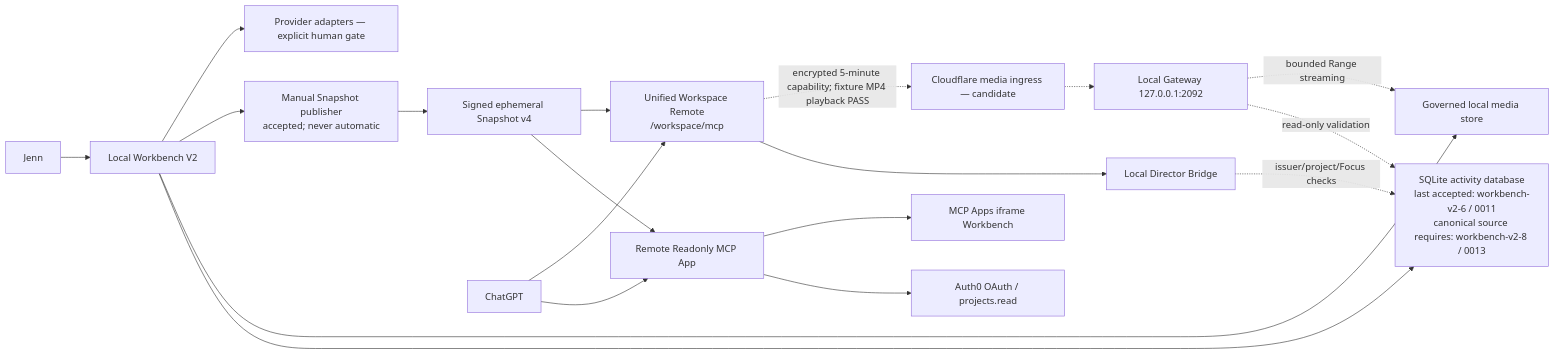
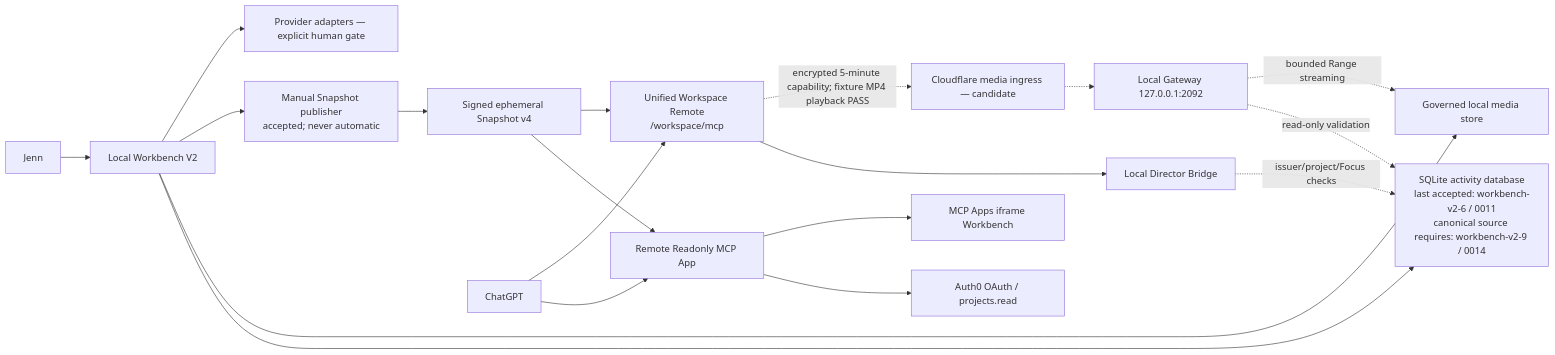
Before and after one commit to JENN2046/AI-Video-Production-Local-Bridge: the diagram in docs/ARCHITECTURE.md, drawn with Mermaid. The commit also changed other lines of this file and 42 other files, not shown here.

````diff
--- a/docs/ARCHITECTURE.md
+++ b/docs/ARCHITECTURE.md
@@ -8,21 +8,21 @@
 ```mermaid
 flowchart LR
     J["Jenn"] --> W["Local Workbench V2"]
-    W --> DB["SQLite activity database\nlast accepted: workbench-v2-6 / 0011\ncanonical source requires: workbench-v2-8 / 0013"]
+    W --> DB["SQLite activity database\nlast accepted: workbench-v2-6 / 0011\ncanonical source requires: workbench-v2-9 / 0014"]
     W --> FS["Governed local media store"]
     W --> PA["Manual Snapshot publisher\naccepted; never automatic"]
     PA --> SS["Signed ephemeral Snapshot v4"]
     SS --> RM["Remote Readonly MCP App"]
     C["ChatGPT"] --> RM
     RM --> AU["Auth0 OAuth / projects.read"]
     RM --> UI["MCP Apps iframe Workbench"]
     C --> UW["Unified Workspace Remote\n/workspace/mcp"]
     SS --> UW
     UW --> DBR["Local Director Bridge"]
     DBR -. "issuer/project/Focus checks" .-> DB
     UW -. "encrypted 5-minute capability; fixture MP4 playback PASS" .-> CF["Cloudflare media ingress — candidate"]
     CF -.-> GW["Local Gateway 127.0.0.1:2092"]
     GW -. "read-only validation" .-> DB
     GW -. "bounded Range streaming" .-> FS
     W --> PR["Provider adapters — explicit human gate"]
 ```
````
